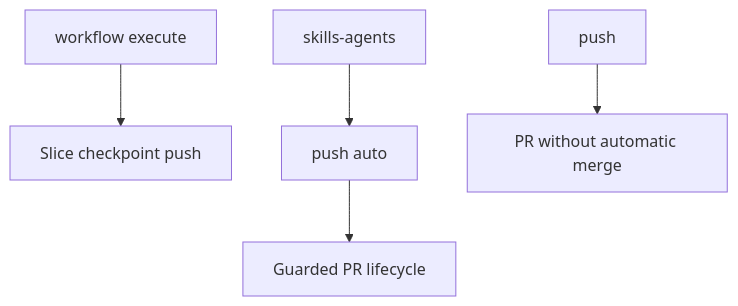
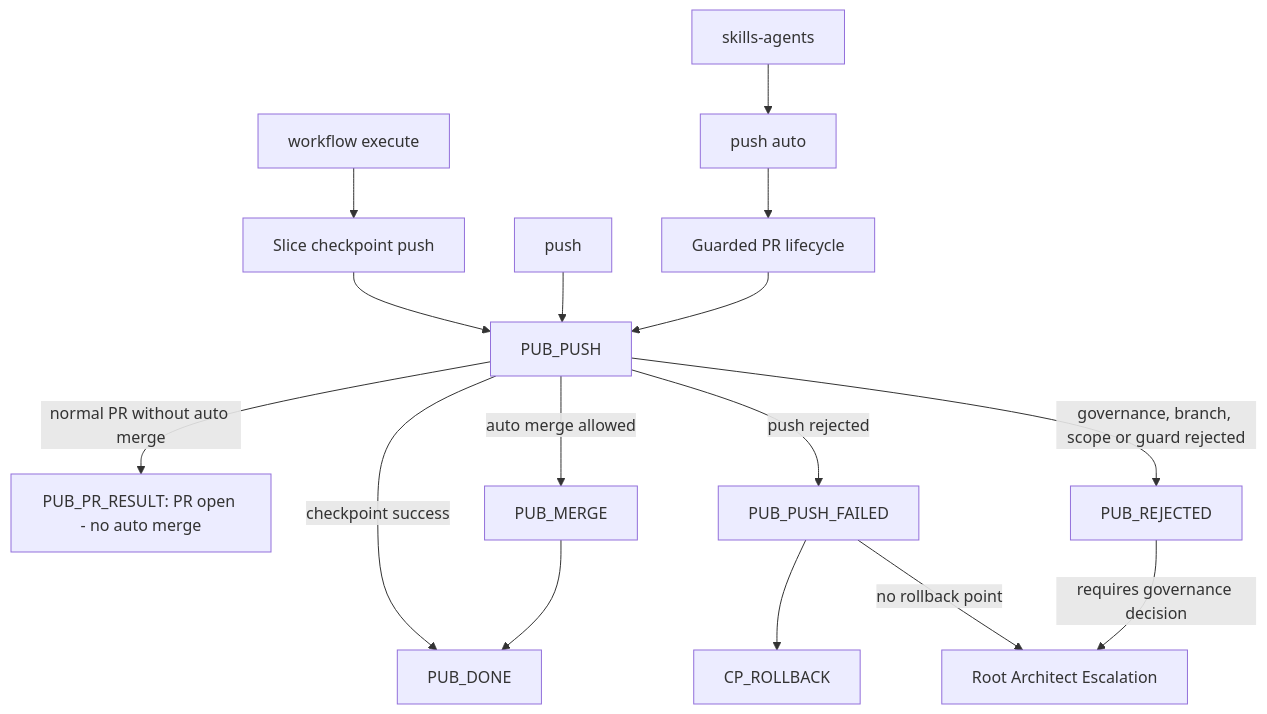
The fifth of 5 diagrams in docs/agents/agent-governance.md (MatthiasBurger-Coder/forensic_analytics), drawn with Mermaid before and after one commit. The commit also changed other lines of this file and 8 other files, not shown here.

````diff
--- a/docs/agents/agent-governance.md
+++ b/docs/agents/agent-governance.md
@@ -239,14 +239,29 @@
 ```mermaid
 flowchart TD
   Checkpoint["Slice checkpoint push"]
   Push["push"]
   Auto["push auto"]
   Execute["workflow execute"]
-  Pr["PR without automatic merge"]
+  PUB_PUSH["PUB_PUSH"]
+  PUB_DONE["PUB_DONE"]
+  PUB_PR_RESULT["PUB_PR_RESULT: PR open - no auto merge"]
+  PUB_PUSH_FAILED["PUB_PUSH_FAILED"]
+  PUB_REJECTED["PUB_REJECTED"]
+  PUB_MERGE["PUB_MERGE"]
+  CP_ROLLBACK["CP_ROLLBACK"]
+  RA["Root Architect Escalation"]
   Skills["skills-agents"]
   Guard["Guarded PR lifecycle"]
 
-  Execute --> Checkpoint
-  Push --> Pr
-  Skills --> Auto --> Guard
+  Execute --> Checkpoint --> PUB_PUSH
+  Push --> PUB_PUSH
+  Skills --> Auto --> Guard --> PUB_PUSH
+  PUB_PUSH -->|checkpoint success| PUB_DONE
+  PUB_PUSH -->|normal PR without auto merge| PUB_PR_RESULT
+  PUB_PUSH -->|push rejected| PUB_PUSH_FAILED
+  PUB_PUSH -->|governance, branch, scope or guard rejected| PUB_REJECTED
+  PUB_PUSH -->|auto merge allowed| PUB_MERGE --> PUB_DONE
+  PUB_PUSH_FAILED --> CP_ROLLBACK
+  PUB_PUSH_FAILED -->|no rollback point| RA
+  PUB_REJECTED -->|requires governance decision| RA
 ```
````
